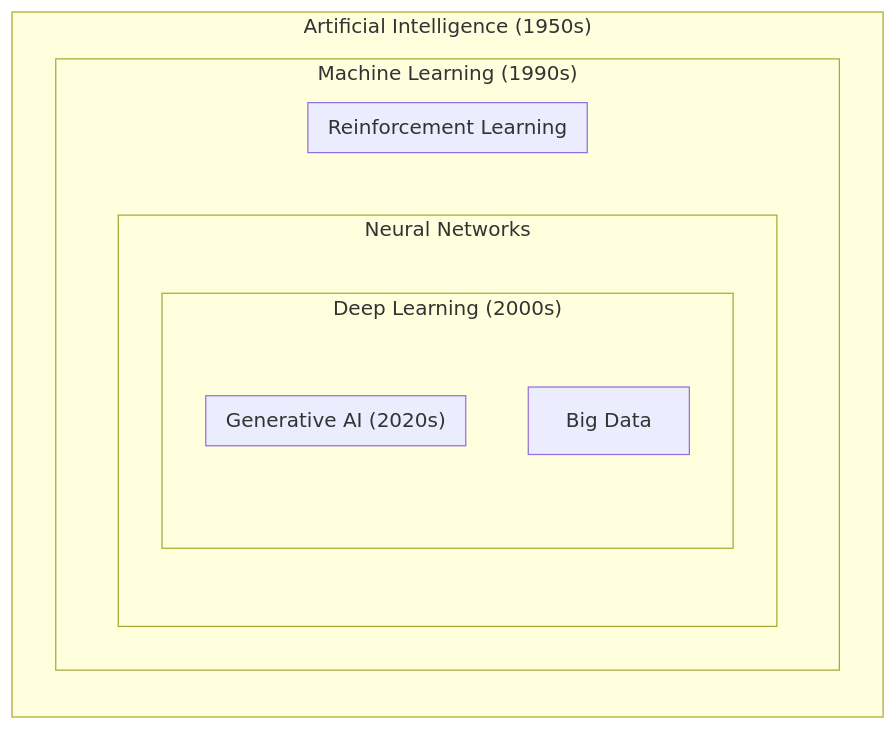
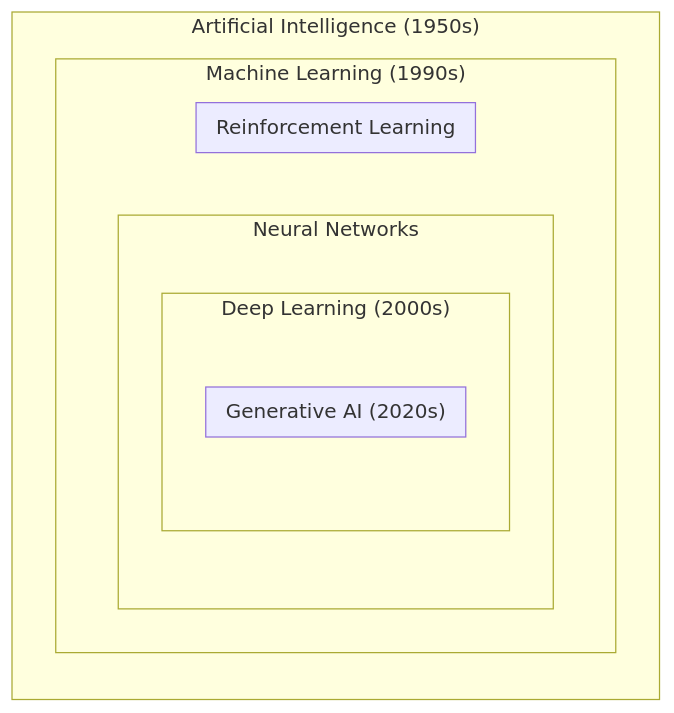
The diagram in foo2.mmd (codingoutloud/website), drawn with Mermaid before and after one commit.

```diff
--- a/foo2.mmd
+++ b/foo2.mmd
@@ -1,14 +1,13 @@
 graph LR
 subgraph AI ["Artificial Intelligence (1950s)"]
    subgraph ML ["Machine Learning (1990s)"]
       subgraph NN ["Neural Networks"]
          subgraph DL ["Deep Learning (2000s)"]
-            enablers["Big Data"]
             subgraph GenAI ["Generative AI (2020s)"]
             end
          end
       end
       subgraph RL ["Reinforcement Learning"]
       end
    end
 end
```
